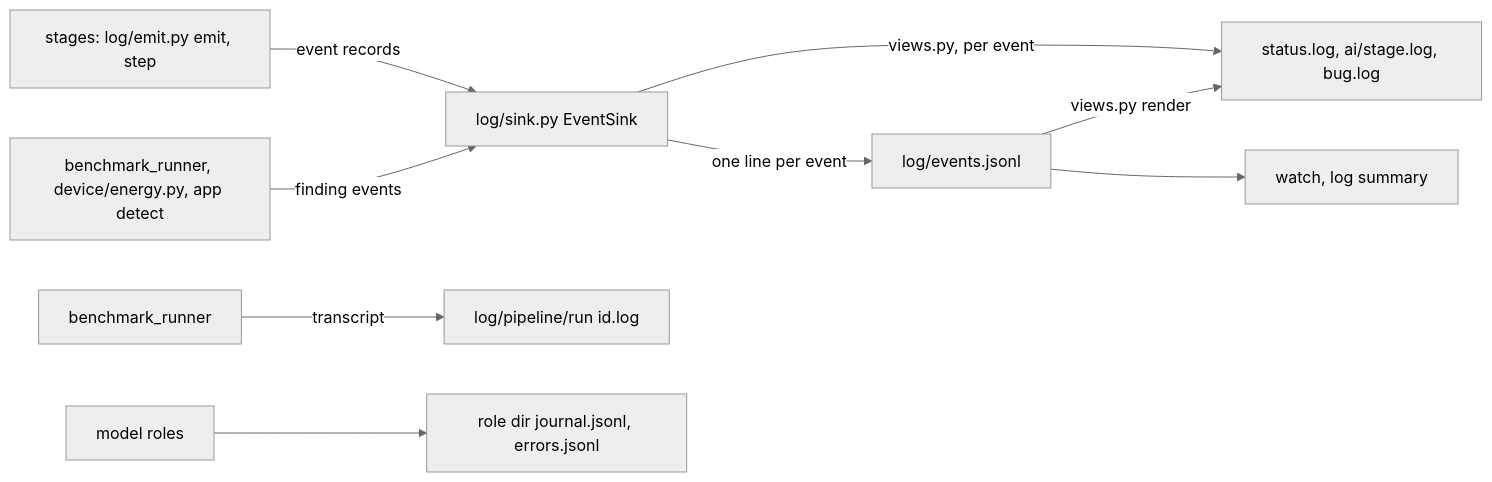
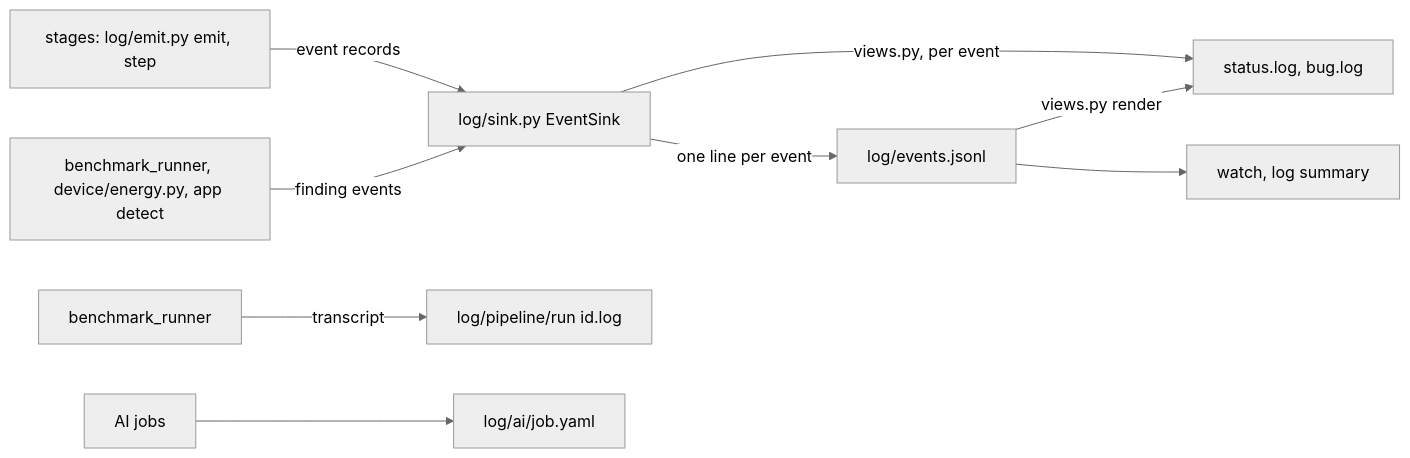
One commit to JuneKim0007/cryptobenchmark changed the diagram in apps/perf-repair/docs/run-log.md. Above: the diagram before and after it, drawn with Mermaid (neutral theme). The commit also changed other lines of this file and 222 other files, not shown here.

````diff
--- a/apps/perf-repair/docs/run-log.md
+++ b/apps/perf-repair/docs/run-log.md
@@ -5,11 +5,11 @@
 ```mermaid
 flowchart LR
     S[stages: log/emit.py emit, step] -- event records --> K[log/sink.py EventSink]
     P[benchmark_runner, device/energy.py, app detect] -- finding events --> K
     K -- one line per event --> E[log/events.jsonl]
-    K -- views.py, per event --> V[status.log, ai/stage.log, bug.log]
+    K -- views.py, per event --> V[status.log, bug.log]
     E -- views.py render --> V
     E --> W[watch, log summary]
     R[benchmark_runner] -- transcript --> T[log/pipeline/run id.log]
-    M[model roles] --> J[role dir journal.jsonl, errors.jsonl]
+    M[AI jobs] --> J[log/ai/job.yaml]
 ```
````
